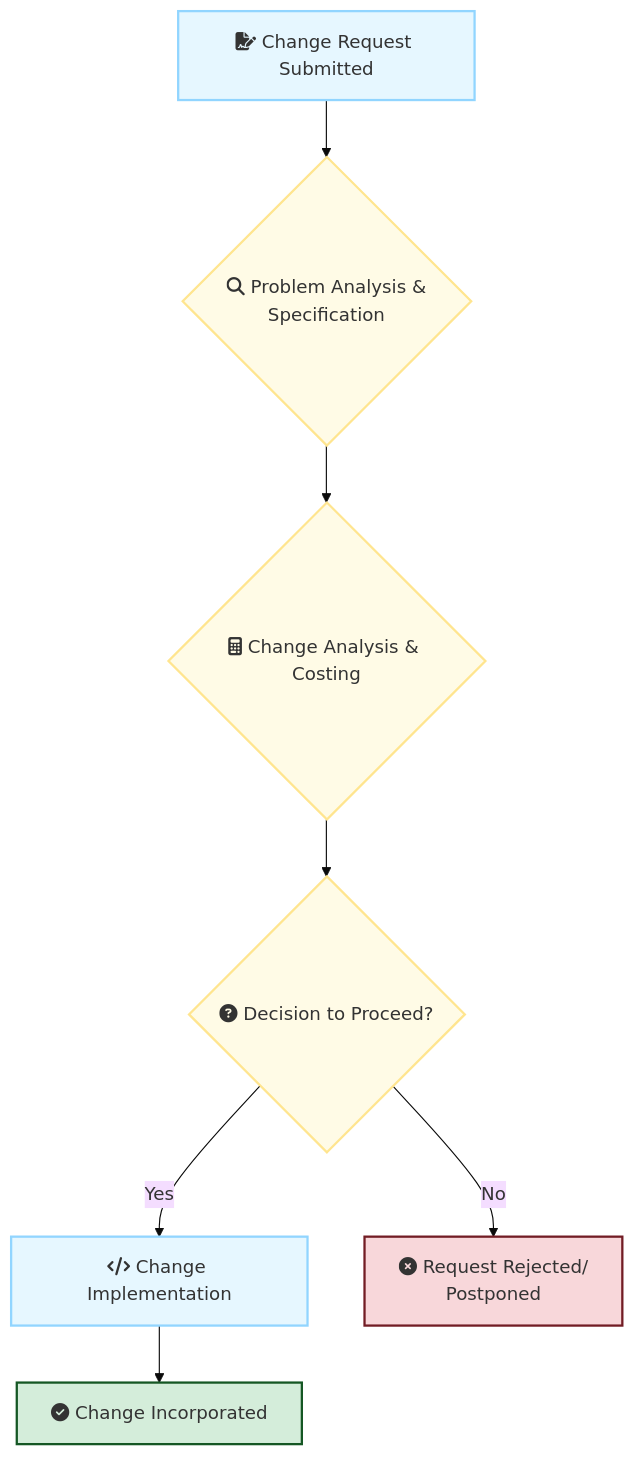
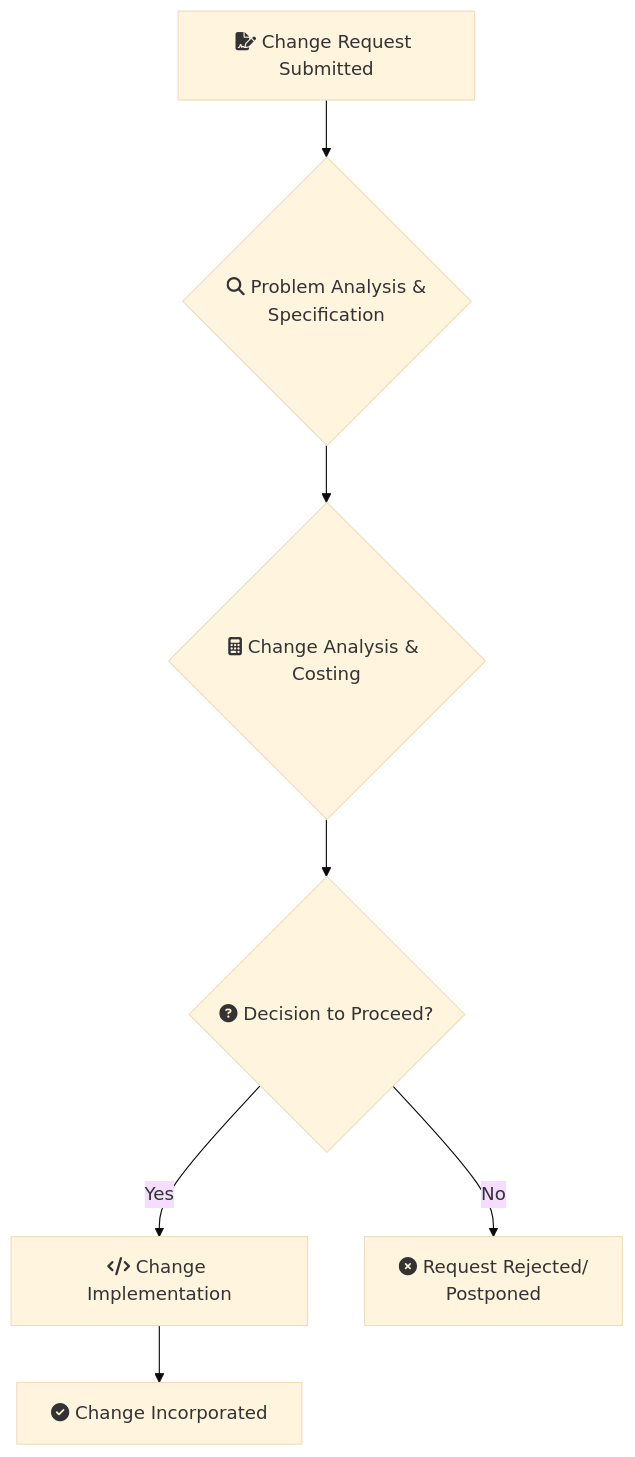
The fourth of 4 diagrams in docs/mca/se/u11/u14.md (sujith-eag/sujith-library), drawn with Mermaid (base theme) before and after one commit. The commit also changed other lines of this file and 41 other files, not shown here.

First line of the commit message:
Refactor diagrams and remove redundant styles in documentation

````diff
--- a/docs/mca/se/u11/u14.md
+++ b/docs/mca/se/u11/u14.md
@@ -172,14 +170,10 @@
 ```mermaid
 graph TD
-    classDef process fill:#e6f7ff,stroke:#91d5ff,stroke-width:2px;
-    classDef decision fill:#fffbe6,stroke:#ffe58f,stroke-width:2px;
-    classDef outcomeSuccess fill:#d4edda,stroke:#155724,stroke-width:2px;
-    classDef outcomeFailure fill:#f8d7da,stroke:#721c24,stroke-width:2px;
 
     A[fa:fa-file-signature Change Request Submitted]:::process --> B{fa:fa-search Problem Analysis &<br>Specification}:::decision;
     B --> C{fa:fa-calculator Change Analysis & Costing}:::decision;
     C --> D{fa:fa-question-circle Decision to Proceed?}:::decision;
     D -- Yes --> E[fa:fa-code Change Implementation]:::process;
     D -- No --> F[fa:fa-times-circle Request Rejected/<br>Postponed]:::outcomeFailure;
     E --> G[fa:fa-check-circle Change Incorporated]:::outcomeSuccess;
 ```
````
